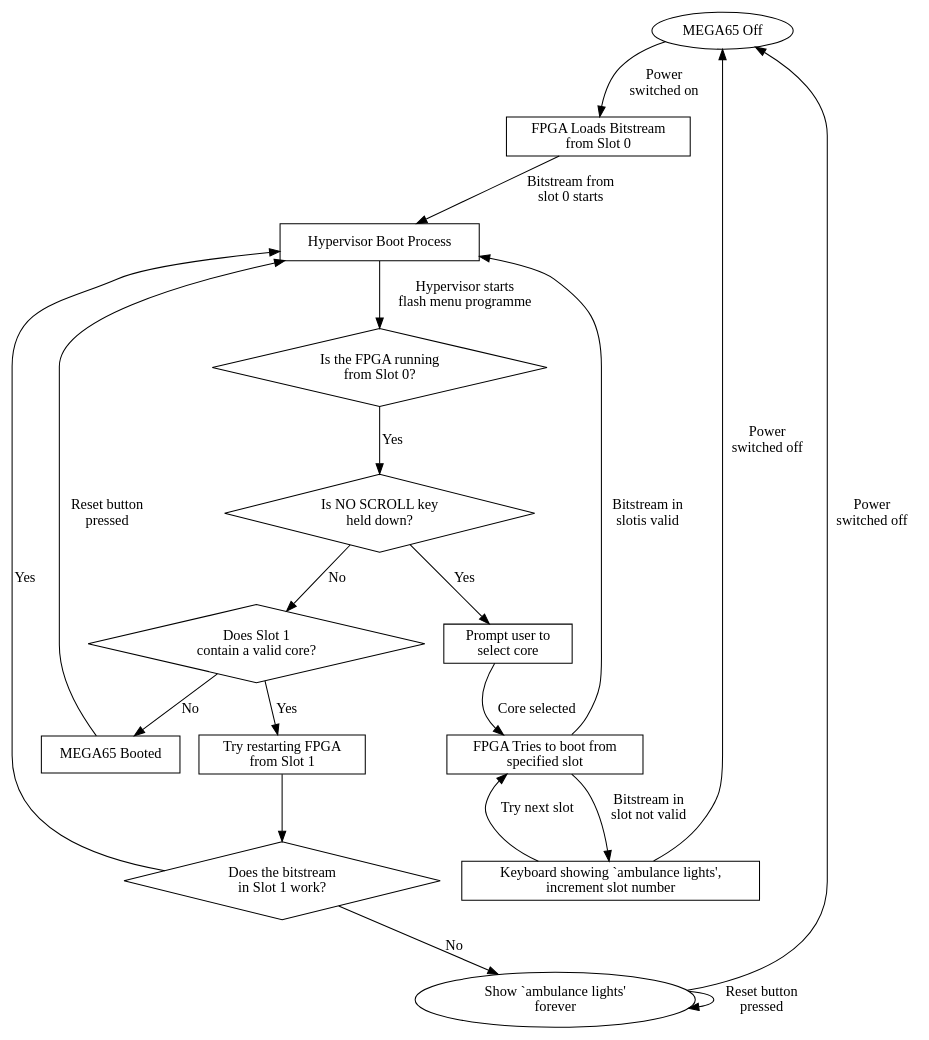
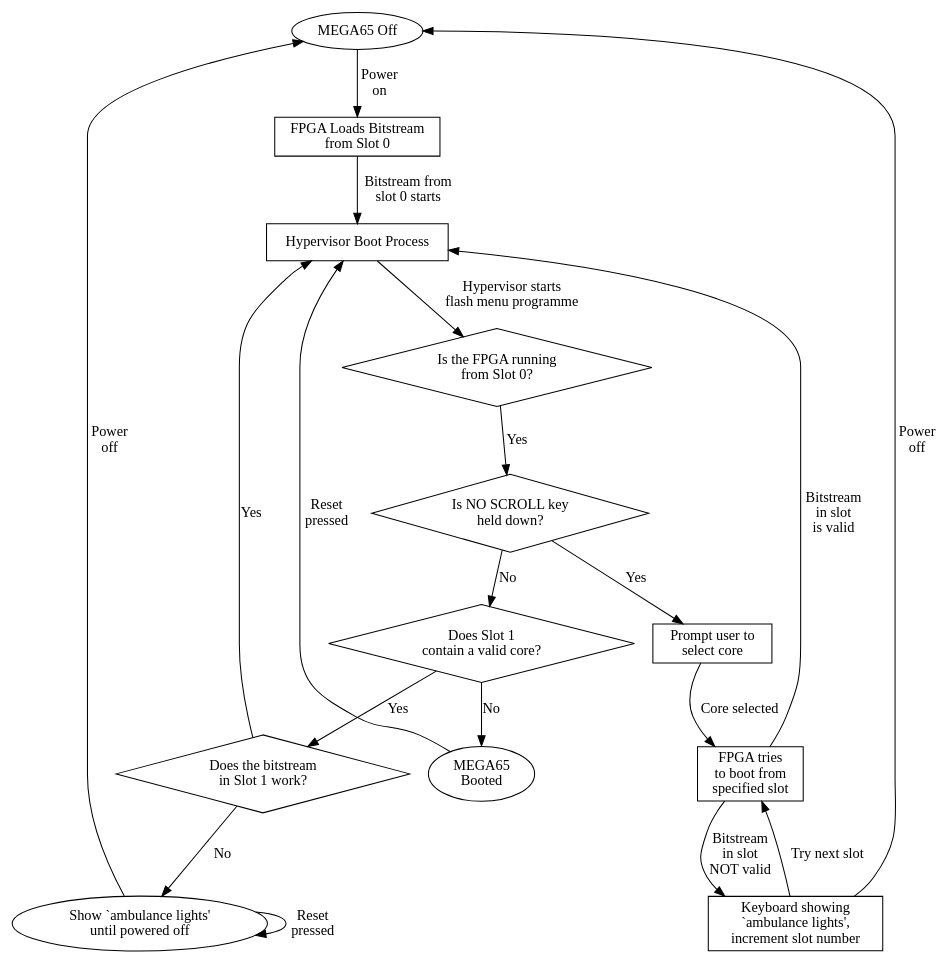
The diagram in images/illustrations/flashmenu-flowchart.dot (MEGA65/mega65-user-guide), drawn with Graphviz before and after one commit.

Commit message:
more work on FPGA/flash boot flowchart.

```diff
--- a/images/illustrations/flashmenu-flowchart.dot
+++ b/images/illustrations/flashmenu-flowchart.dot
@@ -1,47 +1,45 @@
-digraph{
-	A[shape=oval,label="MEGA65 Off"];
-	A->B[label="Power\nswitched on"];
+digraph{	
+ 	A[shape=oval,fontname="Glacial Indifference:bold",label="MEGA65 Off"];
+	A->B[fontname="Glacial Indifference",label="Power\n on"];
 
-	B[shape=rectangle,label="FPGA Loads Bitstream\nfrom Slot 0"];
-	B->C[label="Bitstream from\nslot 0 starts"];
+	B[shape=rectangle,fontname="Glacial Indifference:bold",label="FPGA Loads Bitstream\nfrom Slot 0"];
+	B->C[fontname="Glacial Indifference",label="Bitstream from\nslot 0 starts"];
 
-	C[shape=rectangle,label="Hypervisor Boot Process"];
-	C->D[label="Hypervisor starts\nflash menu programme"];
+	C[fontname="Glacial Indifference:bold",shape=rectangle,label="Hypervisor Boot Process"];
+	C->D[fontname="Glacial Indifference",label="Hypervisor starts\nflash menu programme"];
 	
-	D[shape=diamond,label="Is the FPGA running\nfrom Slot 0?"];
-	D->E[label="Yes"];
+	D[fontname="Glacial Indifference:bold",shape=diamond,label="Is the FPGA running\nfrom Slot 0?"];
+	D->E[fontname="Glacial Indifference",label="Yes"];
 
-	E[shape=diamond,label="Is NO SCROLL key\nheld down?"];
-	E->F[label="No"];
-	E->H[label="Yes"];
+	E[fontname="Glacial Indifference:bold",shape=diamond,label="Is NO SCROLL key\nheld down?"];
+	E->F[fontname="Glacial Indifference",label="No"];
+	E->H[fontname="Glacial Indifference",label="Yes"];
 
-	F[shape=diamond,label="Does Slot 1\ncontain a valid core?"];
-	F->G[label="No"];
-	F->K[label="Yes"];
+	F[fontname="Glacial Indifference:bold",shape=diamond,label="Does Slot 1\ncontain a valid core?"];
+	F->G[fontname="Glacial Indifference",label="No"];
+	F->L[fontname="Glacial Indifference",label="Yes"];
 
-	G[shape=rectangle,label="MEGA65 Booted"];
-	G->C[label="Reset button\npressed"];
+	H[fontname="Glacial Indifference:bold",shape=rectangle,label="Prompt user to\nselect core"];
+	H->I[fontname="Glacial Indifference",label="Core selected"];
 
-	H[shape=rectangle,label="Prompt user to\nselect core"];
-	H->I[label="Core selected"];
+	I[fontname="Glacial Indifference:bold",shape=rectangle,label="FPGA tries\nto boot from\nspecified slot"];
+	I->J[fontname="Glacial Indifference",label="Bitstream\nin slot\nNOT valid"];
+	I->C[fontname="Glacial Indifference",label="Bitstream\nin slot\nis valid"];
 
-	I[shape=rectangle,label="FPGA Tries to boot from\nspecified slot"];
-	I->J[label="Bitstream in\nslot not valid"];
-	I->C[label="Bitstream in\nslotis valid"];
+	J[fontname="Glacial Indifference:bold",shape=rectangle,label="Keyboard showing\n`ambulance lights',\nincrement slot number"];
+	J->I[fontname="Glacial Indifference",label="Try next slot"];
+	J->A[fontname="Glacial Indifference",label="Power\noff"];
 
-	J[shape=rectangle,label="Keyboard showing `ambulance lights',\nincrement slot number"];
-	J->I[label="Try next slot"];
-	J->A[label="Power\nswitched off"];
 
-	K[shape=rectangle,label="Try restarting FPGA\nfrom Slot 1"];
-	K->L;
+	L[fontname="Glacial Indifference:bold",shape=diamond,label="Does the bitstream\nin Slot 1 work?"];
+	L->C[fontname="Glacial Indifference",label="Yes"];
+	L->M[fontname="Glacial Indifference",label="No"];
 
-	L[shape=diamond,label="Does the bitstream\nin Slot 1 work?"];
-	L->C[label="Yes"];
-	L->M[label="No"];
+	G[fontname="Glacial Indifference:bold",shape=oval,label="MEGA65\nBooted"];
+	G->C[fontname="Glacial Indifference",label="Reset\npressed"];
 
-	M[shape=oval,label="Show `ambulance lights'\nforever"];
-	M->M[label="Reset button\npressed"];
-	M->A[label="Power\nswitched off"];
+	M[fontname="Glacial Indifference:bold",shape=oval,label="Show `ambulance lights'\nuntil powered off"];
+	M->M[fontname="Glacial Indifference",label="Reset\npressed"];
+	M->A[fontname="Glacial Indifference",label="Power\noff"];
 	
 }
```
